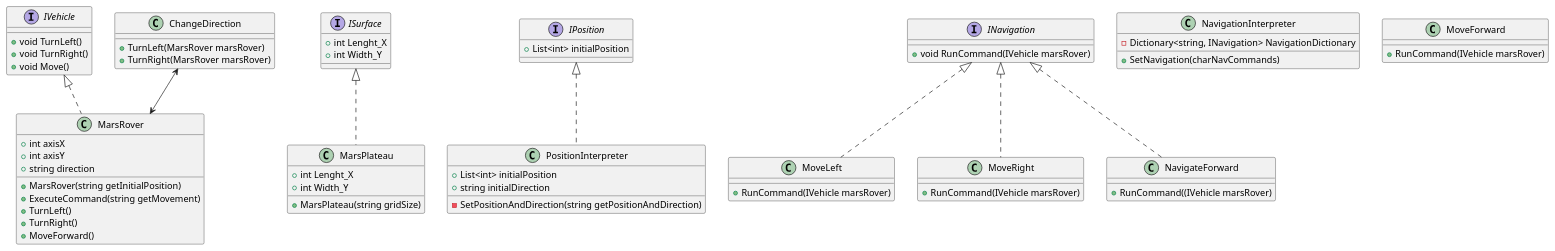
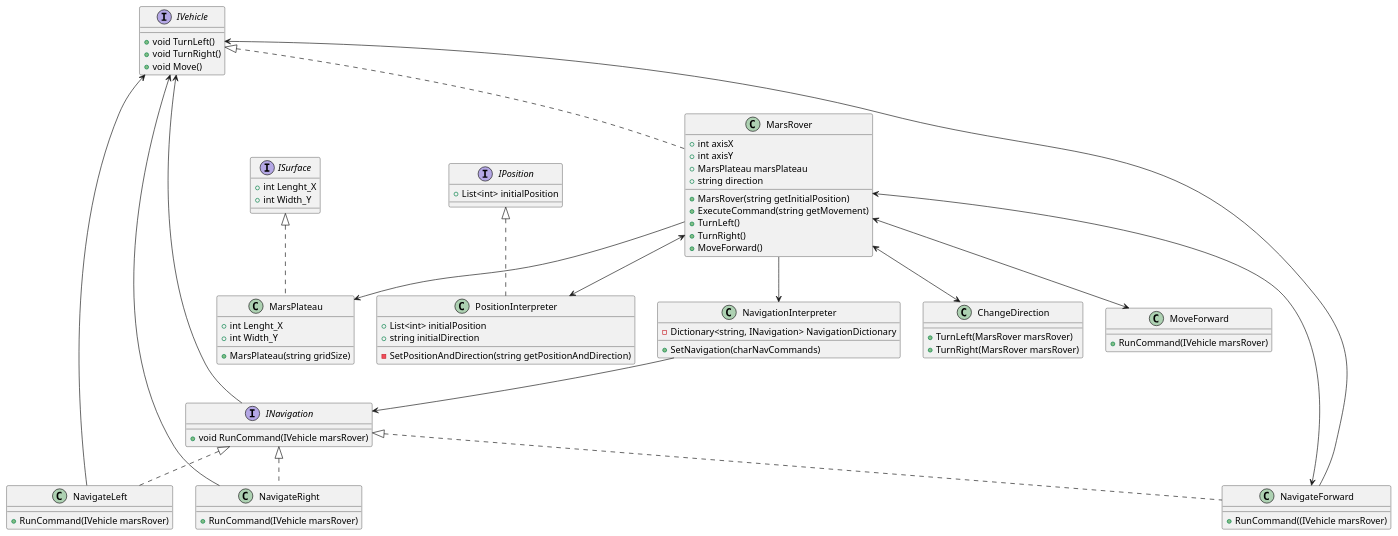
Before and after one commit to vahidkianfar/Mars-Rover-Project: the diagram in Mars-Rover-Project/UML-Diagram/MarsRover.puml, drawn with PlantUML. The commit also changed 9 other files, not shown here.

```diff
--- a/Mars-Rover-Project/UML-Diagram/MarsRover.puml
+++ b/Mars-Rover-Project/UML-Diagram/MarsRover.puml
@@ -1,79 +1,100 @@
 @startuml "MarsRover-Kata-UML.png"
 
 interface IVehicle
 {
 + void TurnLeft()
 + void TurnRight()
 + void Move()
 }
 
 interface ISurface
 {
 + int Lenght_X
 + int Width_Y
 }
 
 interface IPosition
 {
 + List<int> initialPosition
 }
 
 interface INavigation
 {
 + void RunCommand(IVehicle marsRover)
 }
 
 class MarsRover implements IVehicle
 {
 + int axisX
 + int axisY
++ MarsPlateau marsPlateau
 + string direction
 + MarsRover(string getInitialPosition)
 + ExecuteCommand(string getMovement)
 + TurnLeft()
 + TurnRight()
 + MoveForward()
 }
 class MarsPlateau implements ISurface
 {
 + int Lenght_X
 + int Width_Y
 + MarsPlateau(string gridSize)
 }
-class MoveLeft implements INavigation
+class NavigateLeft implements INavigation
 {
 + RunCommand(IVehicle marsRover)
 }
 
-class MoveRight implements INavigation
+class NavigateRight implements INavigation
 {
 + RunCommand(IVehicle marsRover)
 }
 class PositionInterpreter implements IPosition
 {
 + List<int> initialPosition
 + string initialDirection
 - SetPositionAndDirection(string getPositionAndDirection)
 }
 class NavigateForward implements INavigation
 {
 + RunCommand((IVehicle marsRover)
 }
 class NavigationInterpreter
 {
 - Dictionary<string, INavigation> NavigationDictionary
 + SetNavigation(charNavCommands)
 }
 class ChangeDirection
 {
 + TurnLeft(MarsRover marsRover)
 + TurnRight(MarsRover marsRover)
 }
 
 class MoveForward
 {
 + RunCommand(IVehicle marsRover)
 }
+INavigation --> IVehicle
+MarsRover <--> ChangeDirection
+MarsRover <--> MoveForward
+MarsRover --> MarsPlateau
+MarsRover <--> NavigateForward
+MarsRover --> NavigationInterpreter
+MarsRover <--> PositionInterpreter
 
-ChangeDirection <--> MarsRover
+
+NavigateLeft --> IVehicle
+NavigateRight --> IVehicle
+NavigateForward --> IVehicle
+
+NavigationInterpreter --> INavigation
+
+
+
+
+
+
+
+
 @enduml
```
